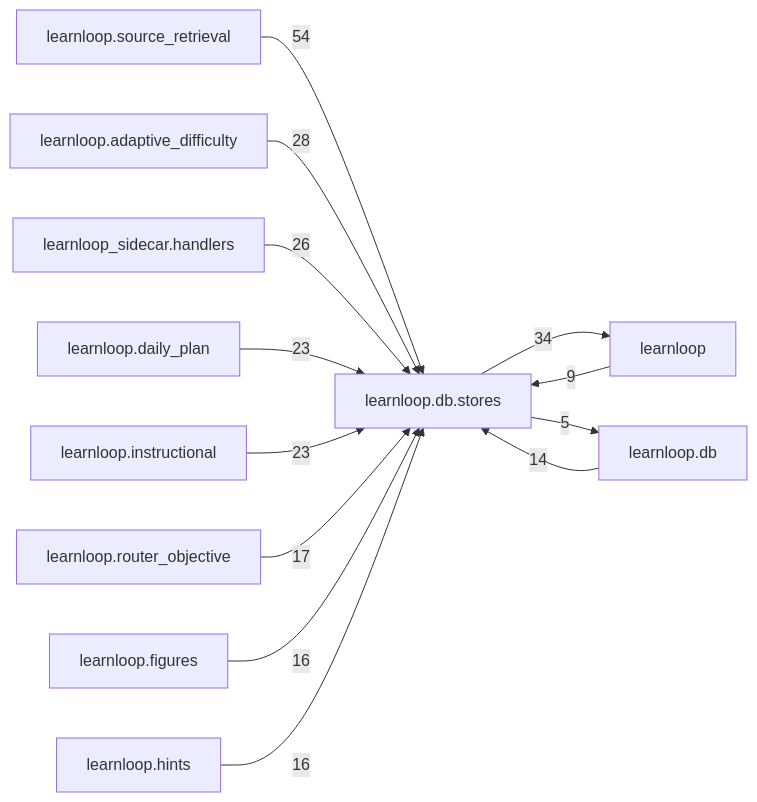
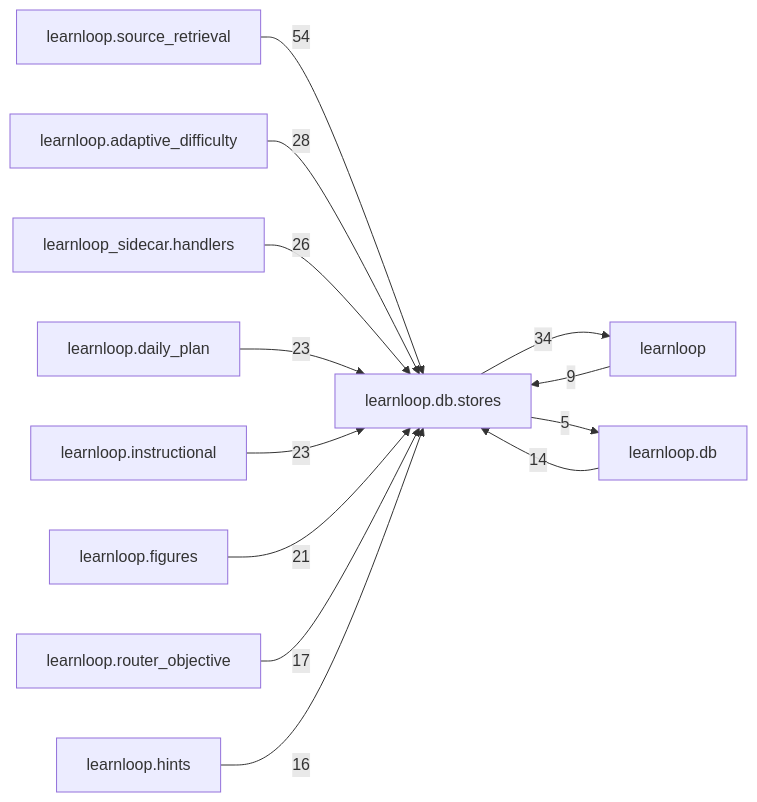
One commit to 6up-b/learnanything changed the diagram in docs/learnloop-architecture-vault/Reference/Modules/learnloop/db/stores/_package.md. Above: the diagram before and after it, drawn with Mermaid. The commit also changed other lines of this file and 68 other files, not shown here.

````diff
--- a/docs/learnloop-architecture-vault/Reference/Modules/learnloop/db/stores/_package.md
+++ b/docs/learnloop-architecture-vault/Reference/Modules/learnloop/db/stores/_package.md
@@ -220,26 +220,26 @@
 ```mermaid
 flowchart LR
     center["learnloop.db.stores"]
     n_learnloop_source_retrieval["learnloop.source_retrieval"]
     n_learnloop["learnloop"]
     n_learnloop_adaptive_difficulty["learnloop.adaptive_difficulty"]
     n_learnloop_sidecar_handlers["learnloop_sidecar.handlers"]
     n_learnloop_daily_plan["learnloop.daily_plan"]
     n_learnloop_instructional["learnloop.instructional"]
+    n_learnloop_figures["learnloop.figures"]
     n_learnloop_db["learnloop.db"]
     n_learnloop_router_objective["learnloop.router_objective"]
-    n_learnloop_figures["learnloop.figures"]
     n_learnloop_hints["learnloop.hints"]
     n_learnloop_source_retrieval -->|54| center
     n_learnloop -->|9| center
     center -->|34| n_learnloop
     n_learnloop_adaptive_difficulty -->|28| center
     n_learnloop_sidecar_handlers -->|26| center
     n_learnloop_daily_plan -->|23| center
     n_learnloop_instructional -->|23| center
+    n_learnloop_figures -->|21| center
     n_learnloop_db -->|14| center
     center -->|5| n_learnloop_db
     n_learnloop_router_objective -->|17| center
-    n_learnloop_figures -->|16| center
     n_learnloop_hints -->|16| center
 ```
````
